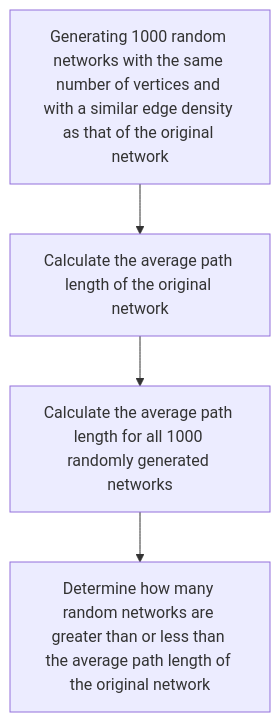
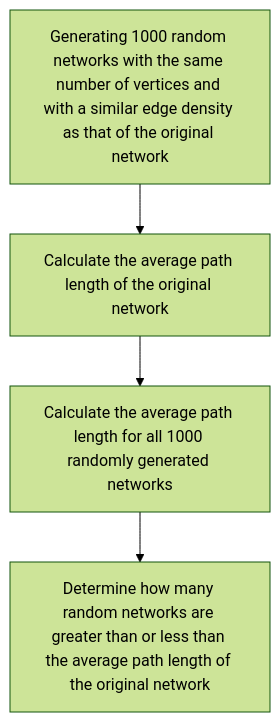
The diagram in tutorials/network_analysis/network_analysis.qmd (jeweljohnsonj/SciQuest), drawn with Mermaid before and after one commit. The commit also changed other lines of this file and 9 other files, not shown here.

````diff
--- a/tutorials/network_analysis/network_analysis.qmd
+++ b/tutorials/network_analysis/network_analysis.qmd
@@ -711,11 +711,11 @@
 ```{mermaid}
-%%{init: {'theme': 'default'}}%%
+%%{init: {'theme': 'forest'}}%%
 graph TD
     A[Generating 1000 random networks with the same number of vertices and with a similar edge density as that of the original network]
     B[Calculate the average path length of the original network]
     C[Calculate the average path length for all 1000 randomly generated networks]
     D[Determine how many random networks are greater than or less than the average path length of the original network]
     A-->B
     B-->C
     C-->D
 ```
````
